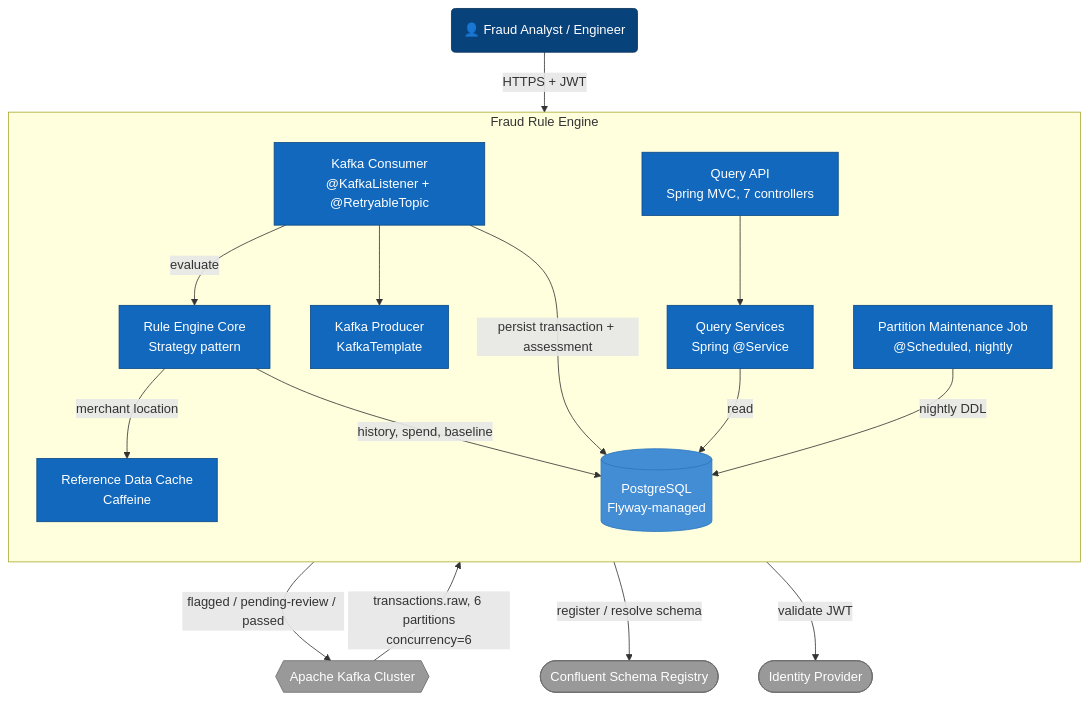
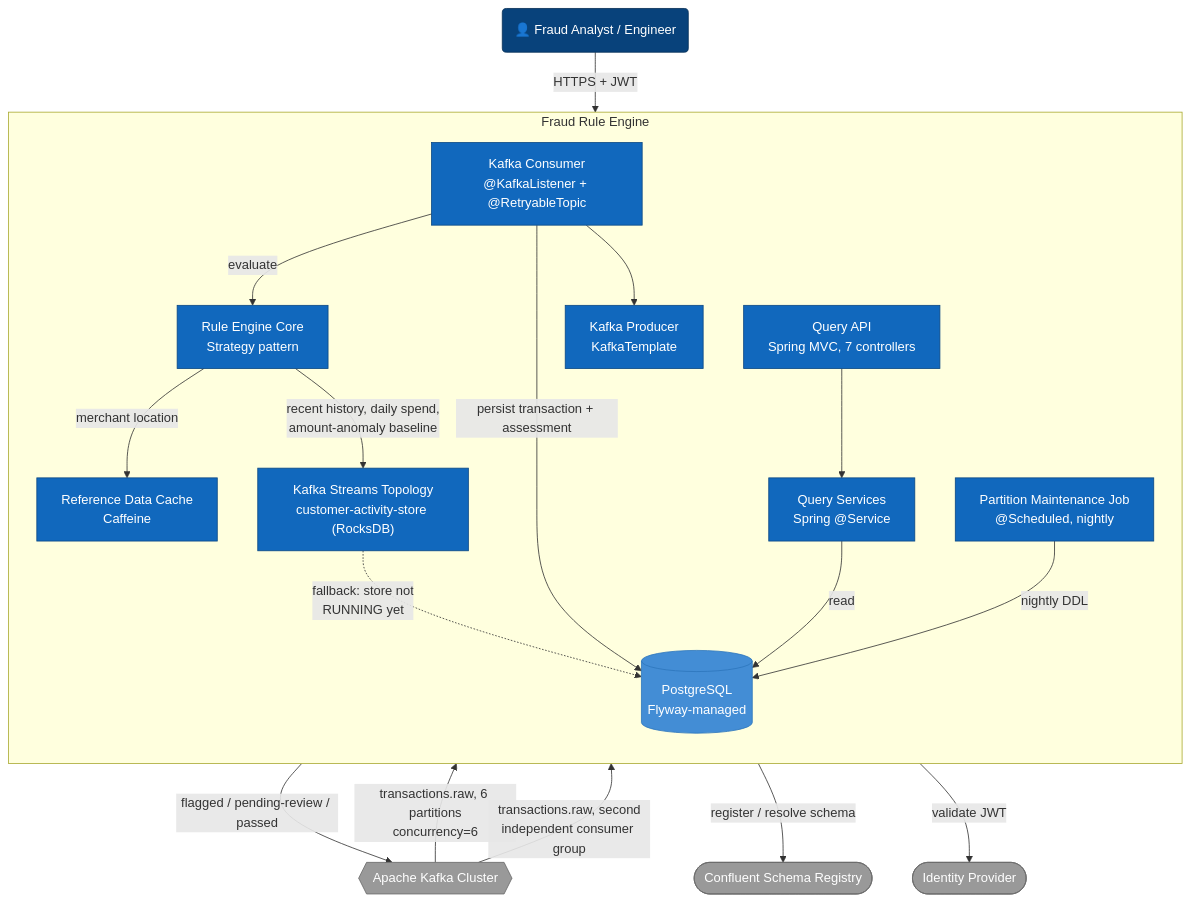
One commit to mubiD/fraud-engine changed the diagram in docs/architecture/02-container.md. Above: the diagram before and after it, drawn with Mermaid. The commit also changed other lines of this file and 12 other files, not shown here.

````diff
--- a/docs/architecture/02-container.md
+++ b/docs/architecture/02-container.md
@@ -7,44 +7,47 @@
 ```mermaid
 flowchart TB
   analyst("👤 Fraud Analyst / Engineer")
 
   subgraph boundary["Fraud Rule Engine"]
     direction TB
     queryApi["Query API<br/>Spring MVC, 7 controllers"]
     queryServices["Query Services<br/>Spring @Service"]
     consumer["Kafka Consumer<br/>@KafkaListener + @RetryableTopic"]
     ruleEngineCore["Rule Engine Core<br/>Strategy pattern"]
     cache["Reference Data Cache<br/>Caffeine"]
+    streams["Kafka Streams Topology<br/>customer-activity-store (RocksDB)"]
     producer["Kafka Producer<br/>KafkaTemplate"]
     partitionJob["Partition Maintenance Job<br/>@Scheduled, nightly"]
     db[("PostgreSQL<br/>Flyway-managed")]
   end
 
   kafkaExt{{"Apache Kafka Cluster"}}
   idpExt(["Identity Provider"])
   schemaRegistryExt(["Confluent Schema Registry"])
 
   kafkaExt -->|"transactions.raw, 6 partitions<br/>concurrency=6"| consumer
+  kafkaExt -->|"transactions.raw, second<br/>independent consumer group"| streams
   consumer -->|evaluate| ruleEngineCore
   ruleEngineCore -->|"merchant location"| cache
-  ruleEngineCore -->|"history, spend, baseline"| db
+  ruleEngineCore -->|"recent history, daily spend,<br/>amount-anomaly baseline"| streams
+  streams -.->|"fallback: store not<br/>RUNNING yet"| db
   consumer -->|"persist transaction + assessment"| db
   consumer --> producer
   producer -->|"flagged / pending-review / passed"| kafkaExt
   producer -->|"register / resolve schema"| schemaRegistryExt
   queryApi --> queryServices
   queryServices -->|read| db
   analyst -->|"HTTPS + JWT"| queryApi
   queryApi -->|validate JWT| idpExt
   partitionJob -->|nightly DDL| db
 
   classDef person fill:#08427b,color:#fff,stroke:#052e56
   classDef container fill:#1168bd,color:#fff,stroke:#0b4884
   classDef external fill:#999999,color:#fff,stroke:#6b6b6b
   classDef db fill:#438dd5,color:#fff,stroke:#2d76bd
 
   class analyst person
-  class queryApi,queryServices,consumer,ruleEngineCore,cache,producer,partitionJob container
+  class queryApi,queryServices,consumer,ruleEngineCore,cache,streams,producer,partitionJob container
   class kafkaExt,idpExt,schemaRegistryExt external
   class db db
 ```
````
